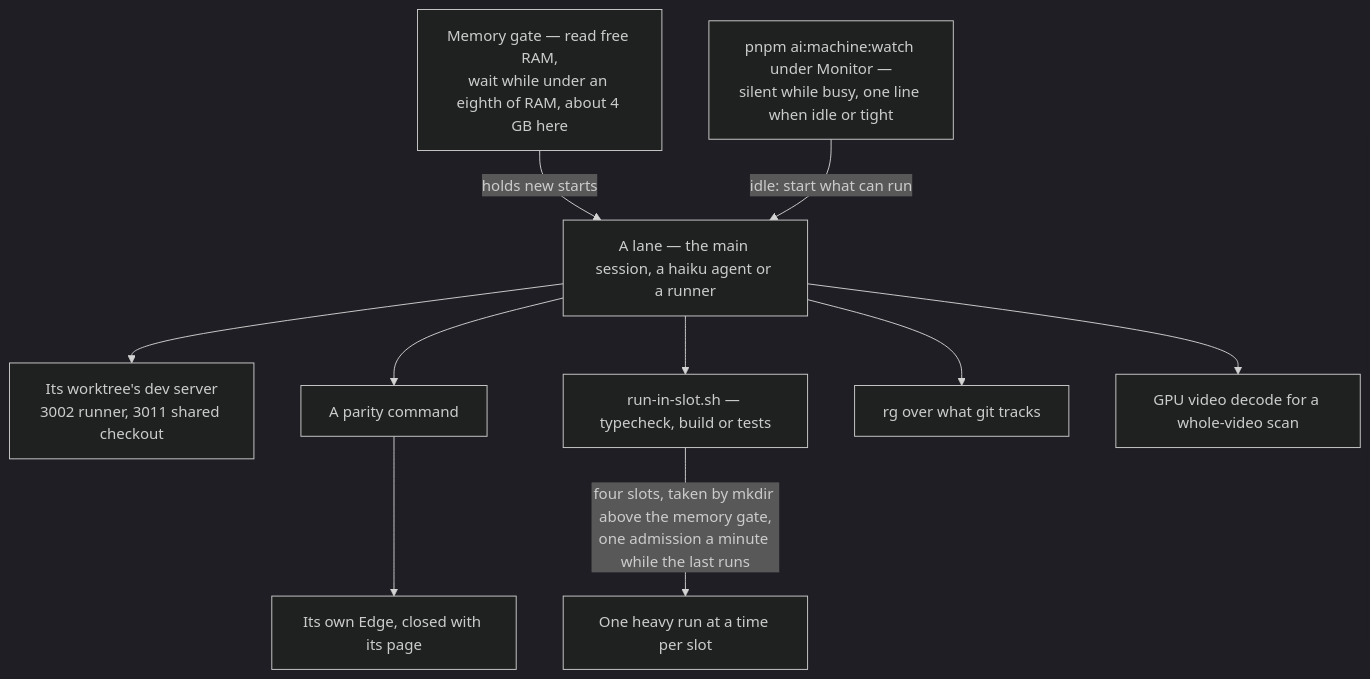
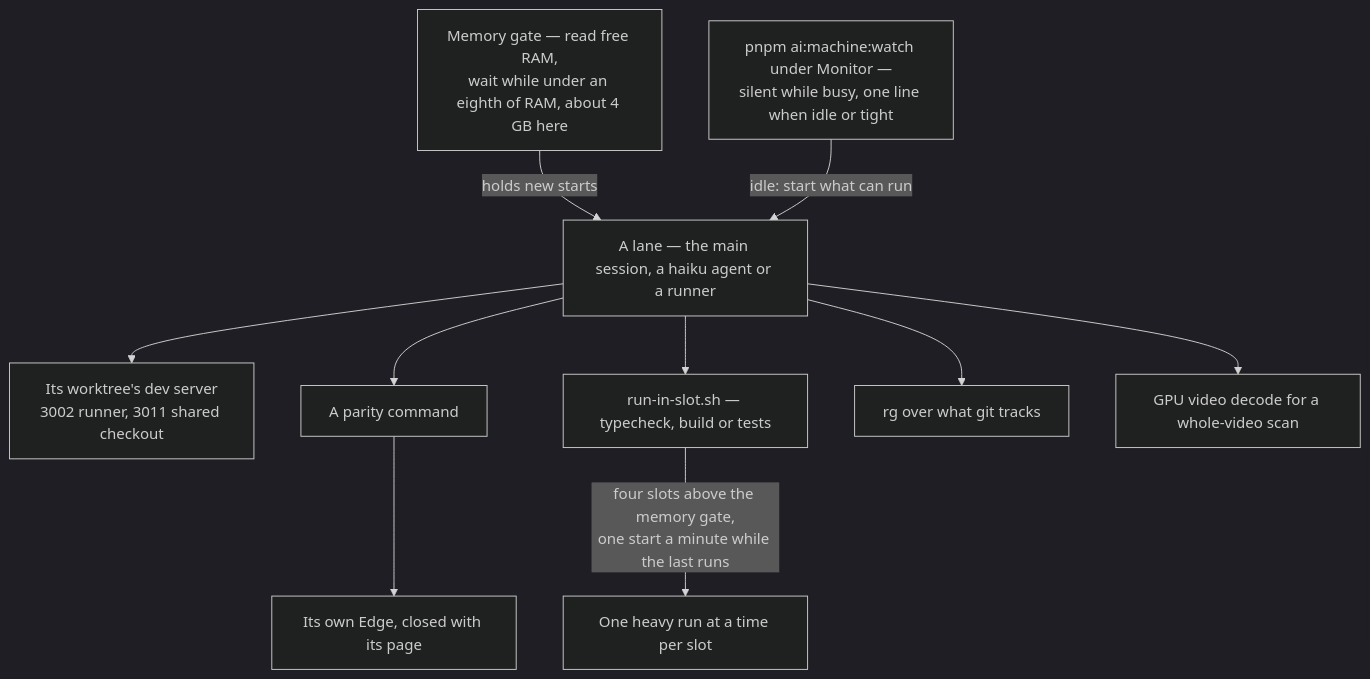
Before and after one commit to Esposter/Esposter: the diagram in apps/web/content/docs/architecture/machine-efficiency.md, drawn with Mermaid (dark theme). The commit also changed 1 other file, not shown here.

Commit message:
fix(genshin-world): the fitted ground layers are read as a partial record of the ground's layers, since the fit writes only those a face paints; the slots' diagram label fits its box
Claude-Session: https://claude.ai/code/session_01PCYnokirTo1fA25eEfkvth

````diff
--- a/apps/web/content/docs/architecture/machine-efficiency.md
+++ b/apps/web/content/docs/architecture/machine-efficiency.md
@@ -20,12 +20,12 @@
 ```mermaid
 flowchart TD
   G["Memory gate — read free RAM,<br/>wait while under an eighth of RAM, about 4 GB here"] -->|"holds new starts"| L
   W["pnpm ai:machine:watch under Monitor —<br/>silent while busy, one line when idle or tight"] -->|"idle: start what can run"| L
   L["A lane — the main session, a haiku agent or a runner"] --> DS["Its worktree's dev server<br/>3002 runner, 3011 shared checkout"]
   L --> CMD["A parity command"]
   CMD --> EDGE["Its own Edge, closed with its page"]
   L --> SLOT["run-in-slot.sh — typecheck, build or tests"]
-  SLOT -->|"four slots, taken by mkdir above the memory gate,<br/>one admission a minute while the last runs"| RUN["One heavy run at a time per slot"]
+  SLOT -->|"four slots above the memory gate,<br/>one start a minute while the last runs"| RUN["One heavy run at a time per slot"]
   L --> SEARCH["rg over what git tracks"]
   L --> VIDEO["GPU video decode for a whole-video scan"]
 ```
````
